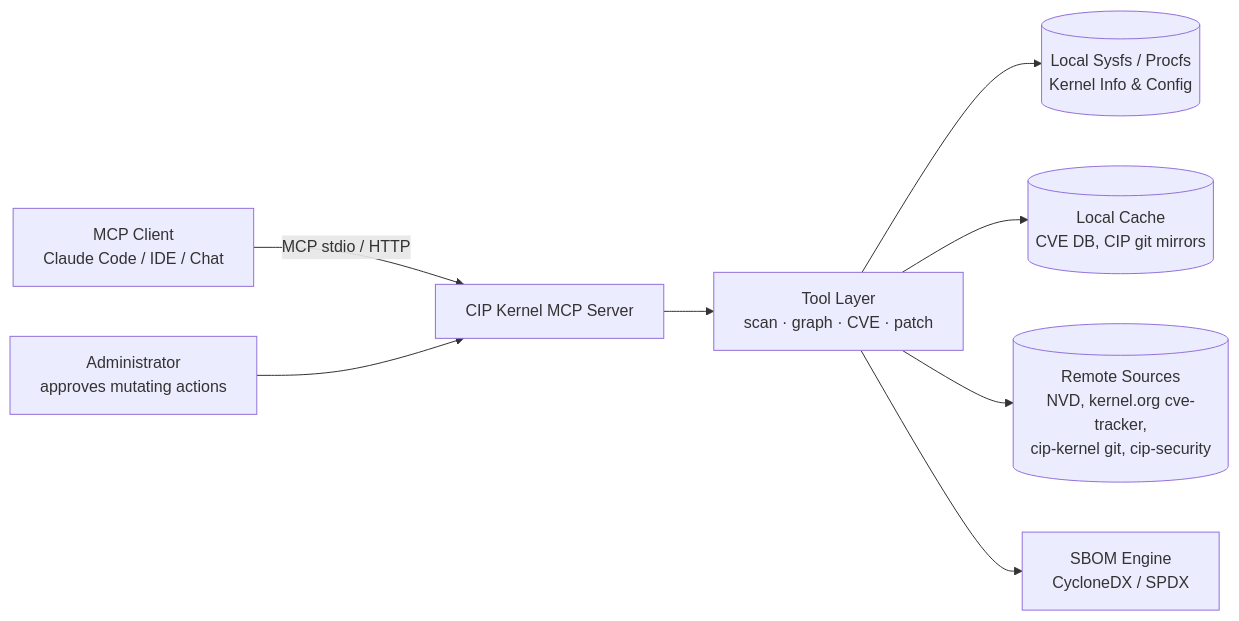
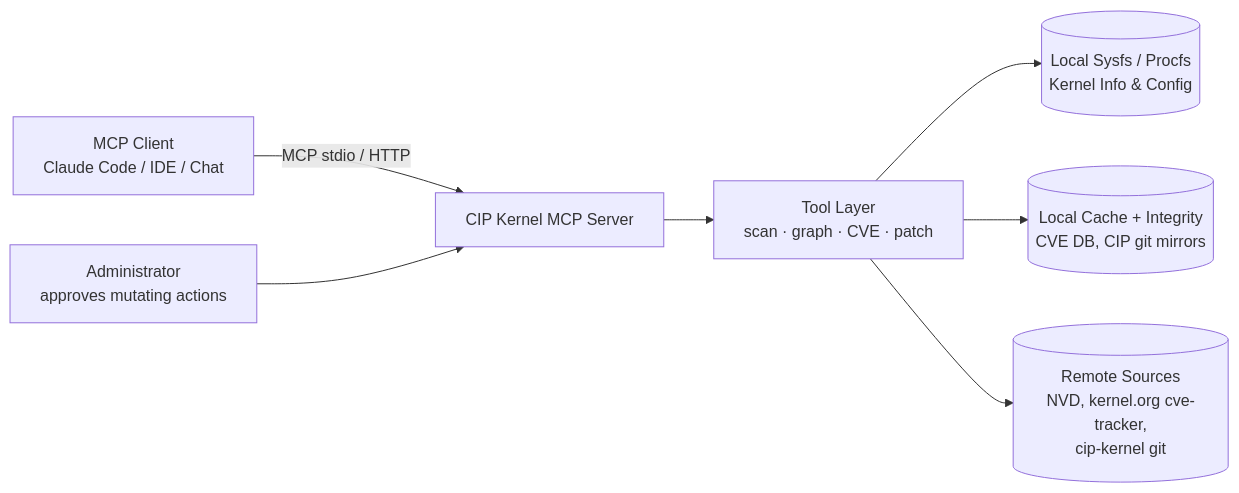
Before and after one commit to 0x00000109/cip-kernel-mcp-server: the diagram in README.md, drawn with Mermaid. The commit also changed other lines of this file and 21 other files, not shown here.

Commit message:
feat: P0 engine skeleton — MCP runtime, audit, cache, integrity, providers, CVE applicability engine, patch locator, tests, CI

````diff
--- a/README.md
+++ b/README.md
@@ -44,10 +48,9 @@
 ```mermaid
 flowchart LR
     A["MCP Client<br/>Claude Code / IDE / Chat"] -->|MCP stdio / HTTP| B["CIP Kernel MCP Server"]
     B --> C["Tool Layer<br/>scan · graph · CVE · patch"]
     C --> D[("Local Sysfs / Procfs<br/>Kernel Info & Config")]
-    C --> E[("Local Cache<br/>CVE DB, CIP git mirrors")]
-    C --> F[("Remote Sources<br/>NVD, kernel.org cve-tracker,<br/>cip-kernel git, cip-security")]
-    C --> G["SBOM Engine<br/>CycloneDX / SPDX"]
+    C --> E[("Local Cache + Integrity<br/>CVE DB, CIP git mirrors")]
+    C --> F[("Remote Sources<br/>NVD, kernel.org cve-tracker,<br/>cip-kernel git")]
     H["Administrator<br/>approves mutating actions"] --> B
 ```
````
